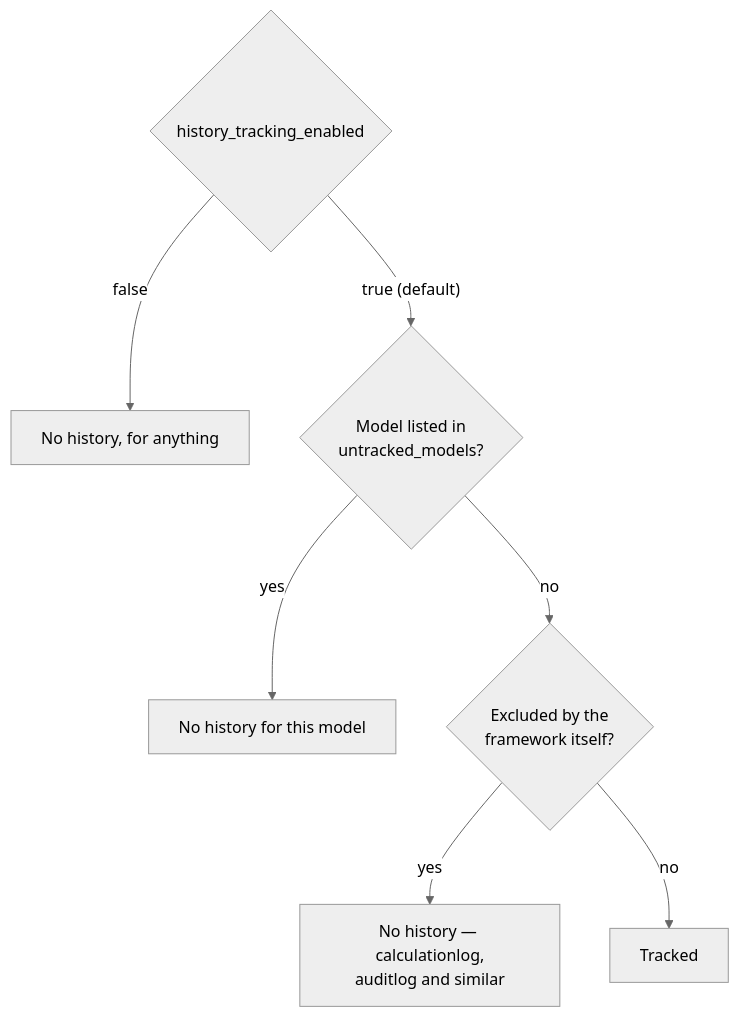
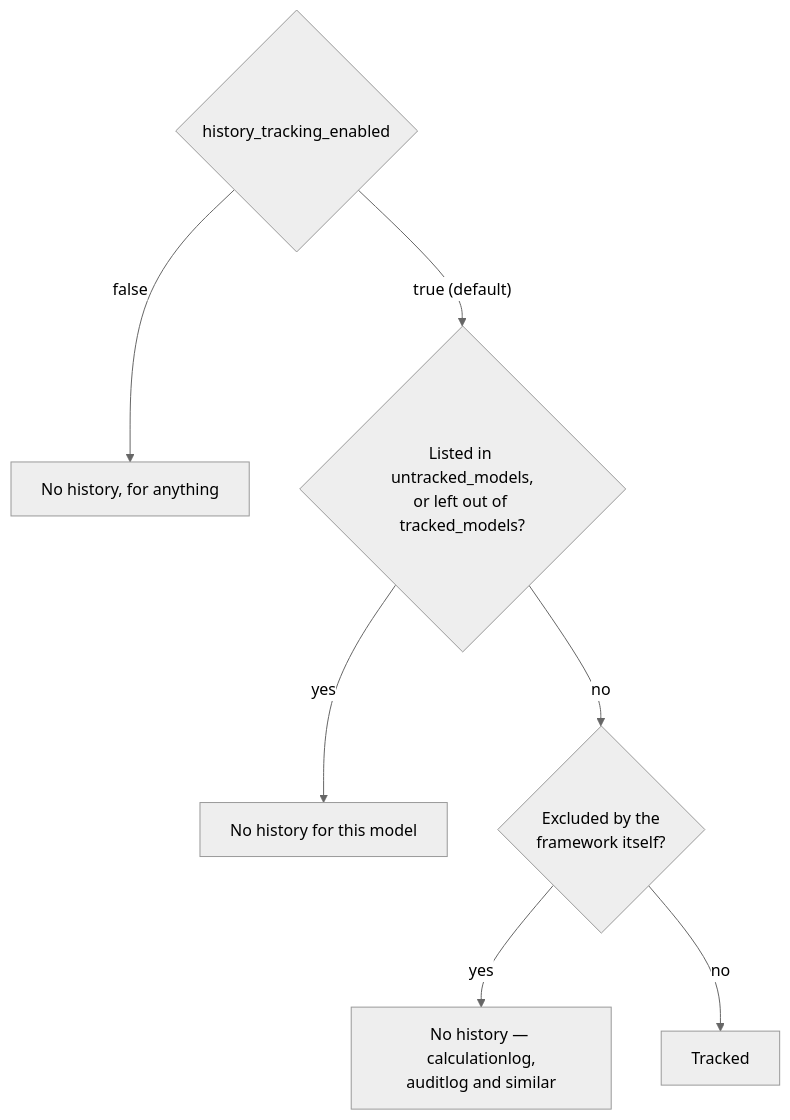
Before and after one commit to ExcellenceCloudGmbH/lex-app: the diagram in docs/model-your-data/model structure.md, drawn with Mermaid (neutral theme). The commit also changed other lines of this file and 87 other files, not shown here.

````diff
--- a/docs/model-your-data/model structure.md
+++ b/docs/model-your-data/model structure.md
@@ -149,9 +203,9 @@
 ```mermaid
 flowchart TB
     A{"history_tracking_enabled"} -- "false" --> N["No history, for anything"]
-    A -- "true (default)" --> B{"Model listed in<br/>untracked_models?"}
+    A -- "true (default)" --> B{"Listed in untracked_models,<br/>or left out of tracked_models?"}
     B -- "yes" --> N2["No history for this model"]
     B -- "no" --> C{"Excluded by the<br/>framework itself?"}
     C -- "yes" --> N3["No history — calculationlog,<br/>auditlog and similar"]
     C -- "no" --> Y["Tracked"]
 ```
````
